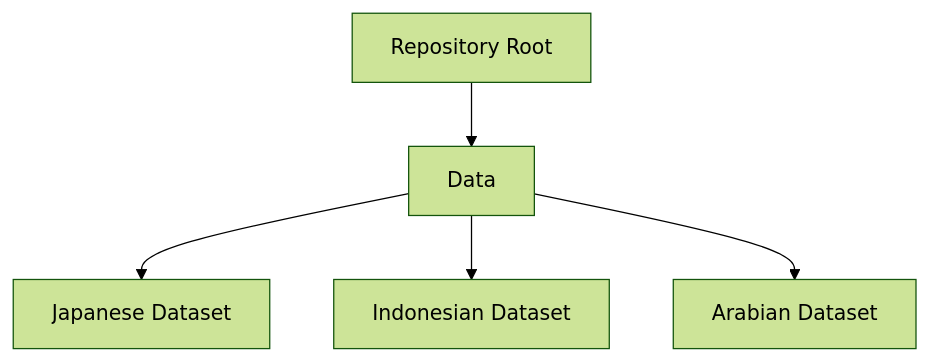
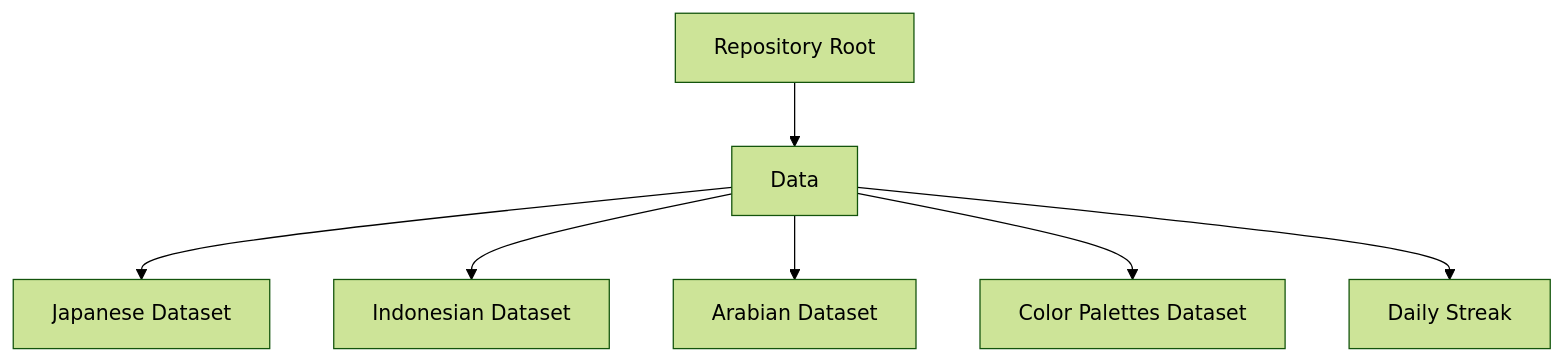
The diagram in README.md (fadhilakbarcariearsaindonesia/datasets), drawn with Mermaid (forest theme) before and after one commit.

````diff
--- a/README.md
+++ b/README.md
@@ -10,7 +10,10 @@
 ```mermaid
 graph TD
     A[Repository Root] --> B[Data]
     B --> C[Japanese Dataset]
     B --> D[Indonesian Dataset]
     B --> E[Arabian Dataset]
+    B --> F[Color Palettes Dataset]
+    B --> G[Daily Streak]
+
 ```
````
